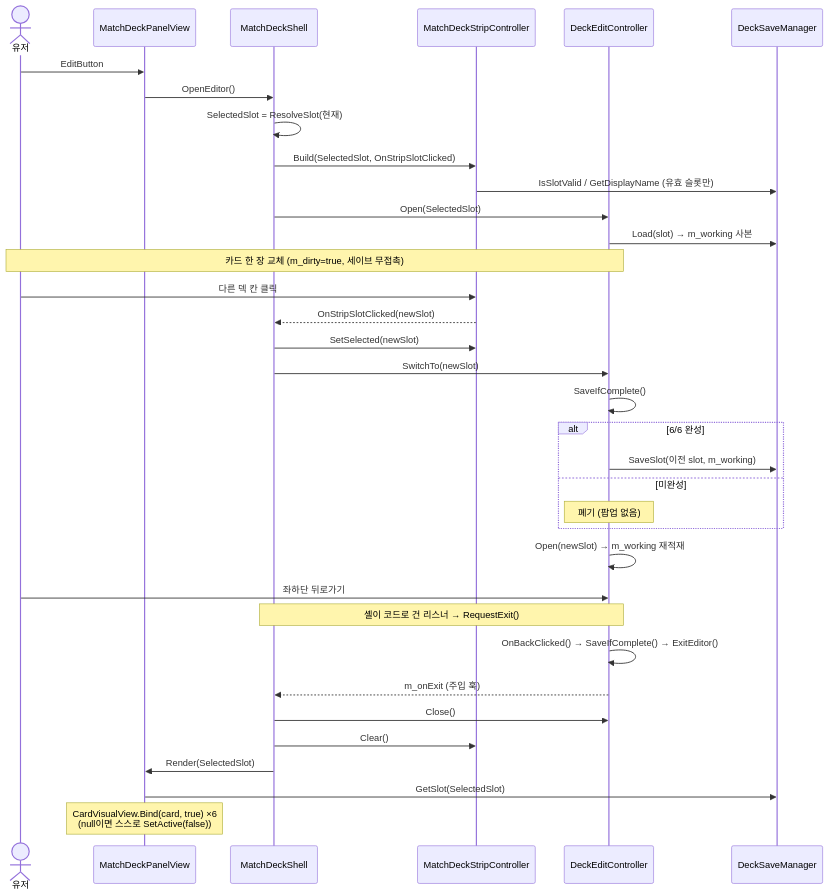
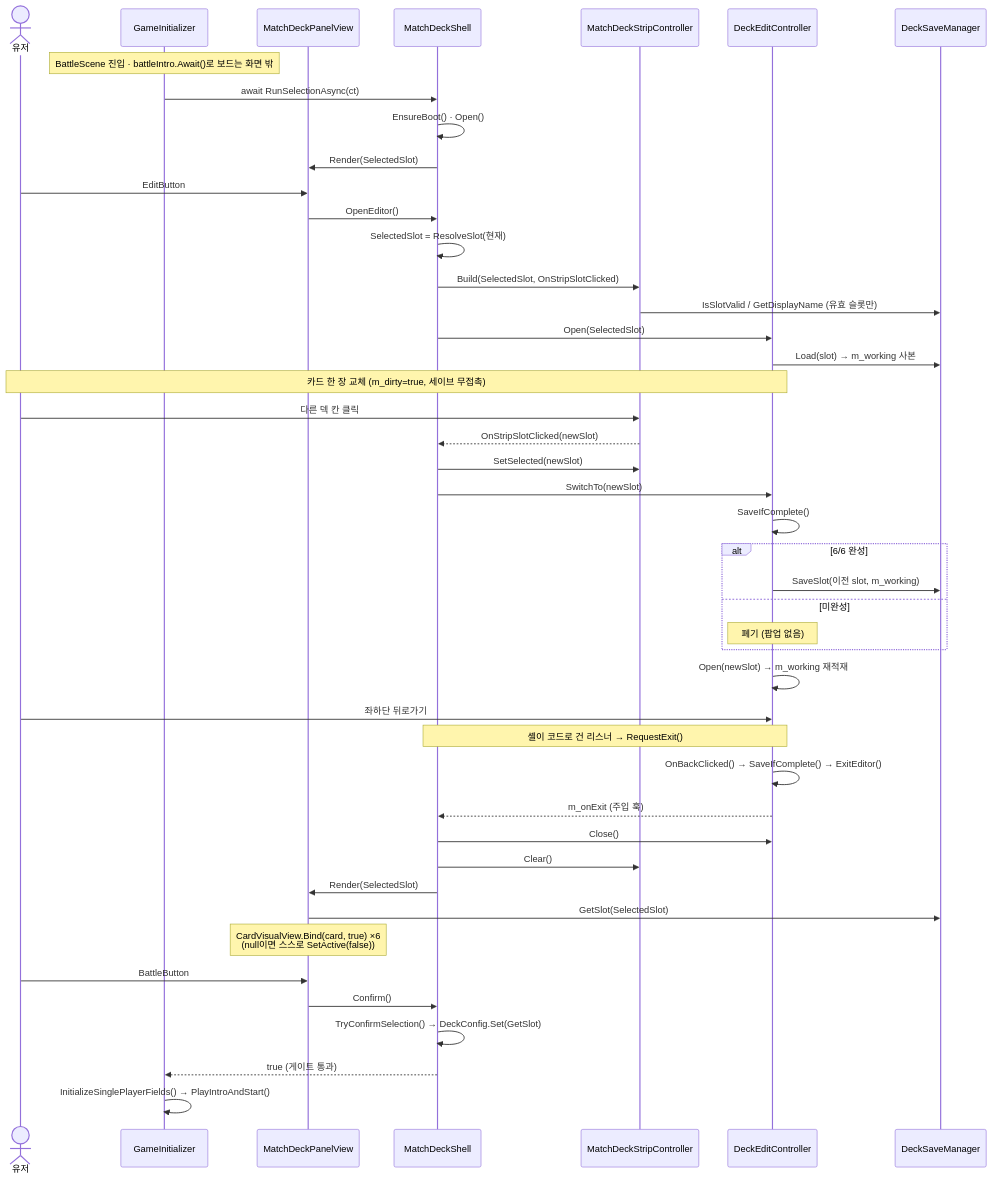
Before and after one commit to hspark-maker/TeamfightTCG_Migriation: diagram 20 of 20 in docs/OutGamePlan/STRUCTURE.md, drawn with Mermaid. The commit also changed other lines of this file and 14 other files, not shown here.

````diff
--- a/docs/OutGamePlan/STRUCTURE.md
+++ b/docs/OutGamePlan/STRUCTURE.md
@@ -1188,41 +1188,53 @@
 ```mermaid
 sequenceDiagram
     actor U as 유저
+    participant GI as GameInitializer
     participant PV as MatchDeckPanelView
     participant SH as MatchDeckShell
     participant ST as MatchDeckStripController
     participant ED as DeckEditController
     participant SV as DeckSaveManager
+
+    Note over GI: BattleScene 진입 · battleIntro.Await()로 보드는 화면 밖
+    GI->>SH: await RunSelectionAsync(ct)
+    SH->>SH: EnsureBoot() · Open()
+    SH->>PV: Render(SelectedSlot)
 
     U->>PV: EditButton
     PV->>SH: OpenEditor()
     SH->>SH: SelectedSlot = ResolveSlot(현재)
     SH->>ST: Build(SelectedSlot, OnStripSlotClicked)
     ST->>SV: IsSlotValid / GetDisplayName (유효 슬롯만)
     SH->>ED: Open(SelectedSlot)
     ED->>SV: Load(slot) → m_working 사본
 
     Note over U,ED: 카드 한 장 교체 (m_dirty=true, 세이브 무접촉)
 
     U->>ST: 다른 덱 칸 클릭
     ST-->>SH: OnStripSlotClicked(newSlot)
     SH->>ST: SetSelected(newSlot)
     SH->>ED: SwitchTo(newSlot)
     ED->>ED: SaveIfComplete()
     alt 6/6 완성
         ED->>SV: SaveSlot(이전 slot, m_working)
     else 미완성
         Note over ED: 폐기 (팝업 없음)
     end
     ED->>ED: Open(newSlot) → m_working 재적재
 
     U->>ED: 좌하단 뒤로가기
     Note over SH,ED: 셸이 코드로 건 리스너 → RequestExit()
     ED->>ED: OnBackClicked() → SaveIfComplete() → ExitEditor()
     ED-->>SH: m_onExit (주입 훅)
     SH->>ED: Close()
     SH->>ST: Clear()
     SH->>PV: Render(SelectedSlot)
     PV->>SV: GetSlot(SelectedSlot)
     Note over PV: CardVisualView.Bind(card, true) ×6<br/>(null이면 스스로 SetActive(false))
+
+    U->>PV: BattleButton
+    PV->>SH: Confirm()
+    SH->>SH: TryConfirmSelection() → DeckConfig.Set(GetSlot)
+    SH-->>GI: true (게이트 통과)
+    GI->>GI: InitializeSinglePlayerFields() → PlayIntroAndStart()
 ```
````
